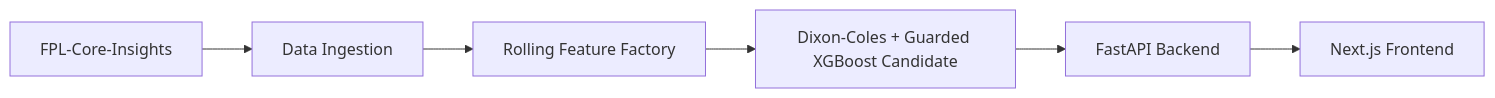
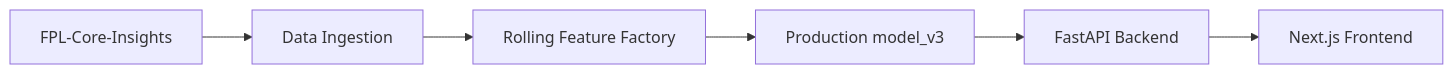
Before and after one commit to GiwinEdwin09/FPL-Predictor: the diagram in README.md, drawn with Mermaid. The commit also changed other lines of this file and 1 other file, not shown here.

Commit message:
docs: document production model v3

````diff
--- a/README.md
+++ b/README.md
@@ -22,8 +24,8 @@
 ```mermaid
 flowchart LR
     A["FPL-Core-Insights"] --> B["Data Ingestion"]
     B --> C["Rolling Feature Factory"]
-    C --> D["Dixon-Coles + Guarded XGBoost Candidate"]
+    C --> D["Production model_v3"]
     D --> E["FastAPI Backend"]
     E --> F["Next.js Frontend"]
 ```
````
